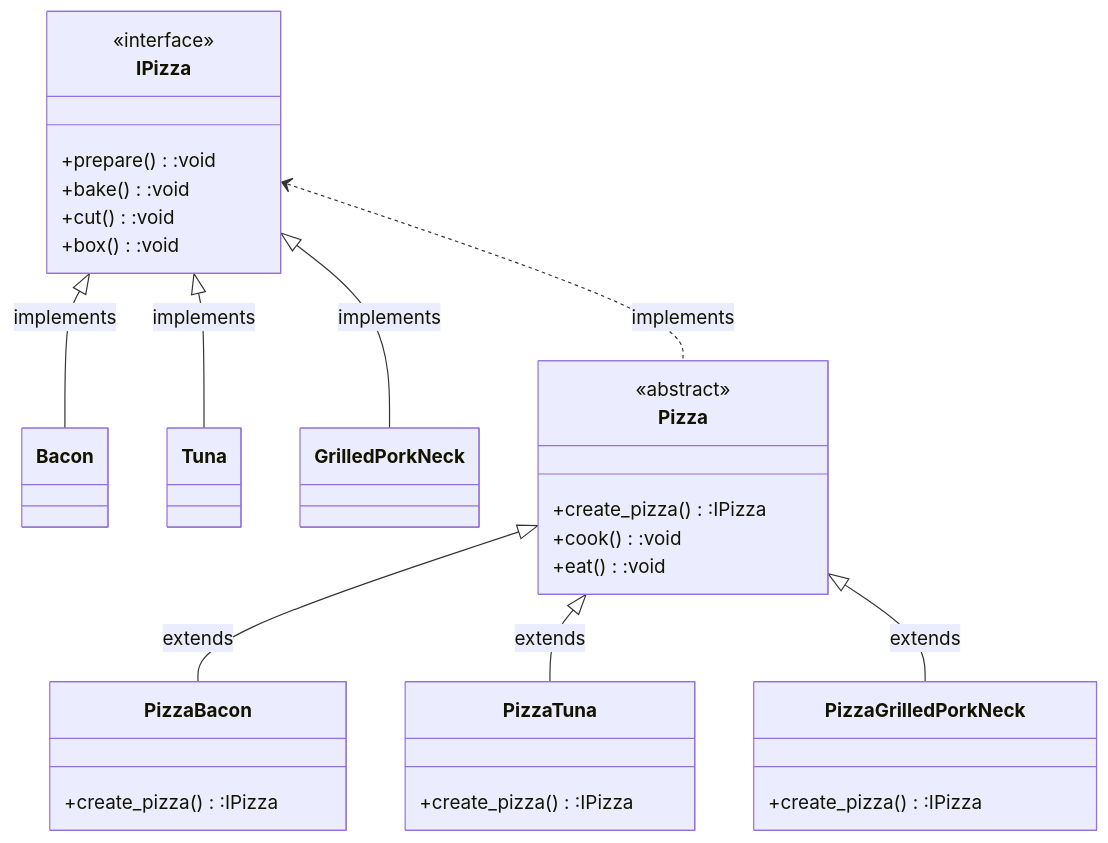
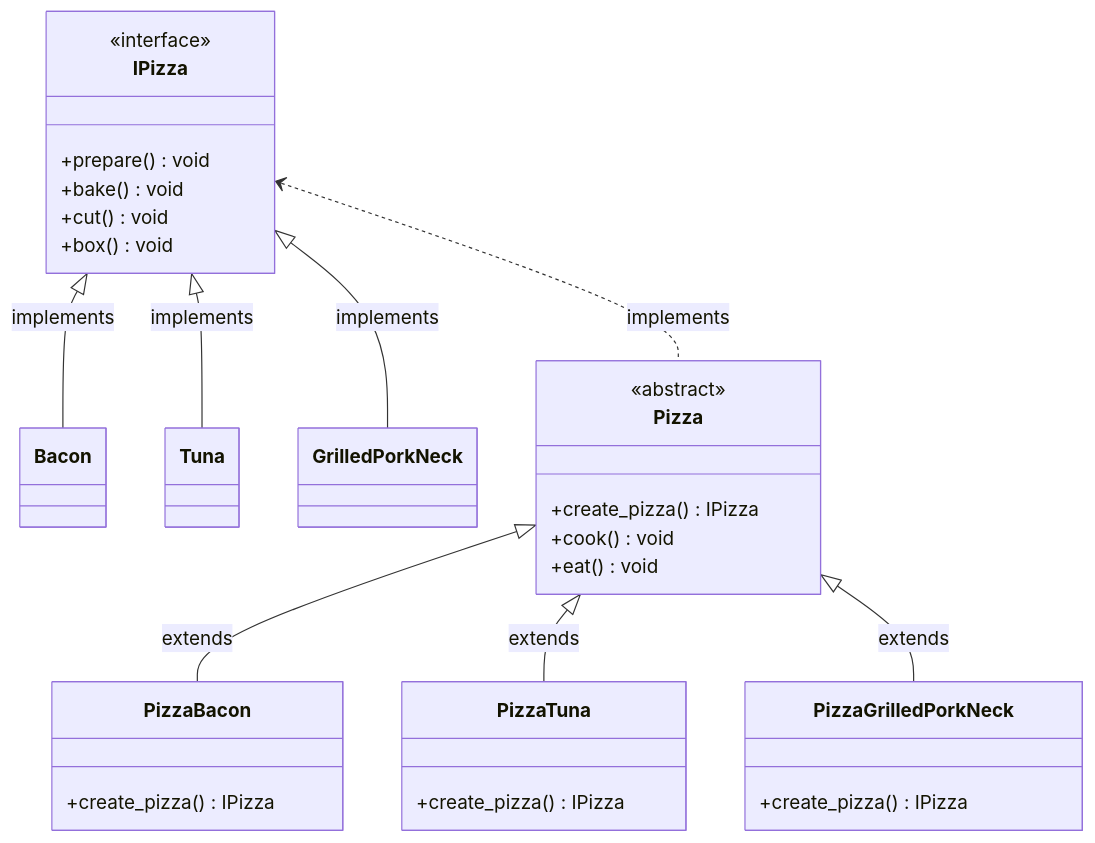
Before and after one commit to TaiChi112/TYPESCRIPT: the second of 3 diagrams in Design-Patterns-v0/README.md, drawn with Mermaid. The commit also changed other lines of this file, not shown here.

Commit message:
fix: correct method syntax in Mermaid diagrams in README.md

````diff
--- a/Design-Patterns-v0/README.md
+++ b/Design-Patterns-v0/README.md
@@ -36,42 +36,42 @@
 ```mermaid
 classDiagram
     class  IPizza{
         <<interface>>
-        +prepare():void
-        +bake():void
-        +cut():void
-        +box():void
+        +prepare()void
+        +bake()void
+        +cut()void
+        +box()void
     }
     class Bacon{
 
     }
     class Tuna{
 
     }
     class GrilledPorkNeck{
 
     }
     class Pizza{
         <<abstract>>
-        +create_pizza():IPizza
-        +cook():void
-        +eat():void
+        +create_pizza()IPizza
+        +cook()void
+        +eat()void
     }
     class PizzaBacon{
-        +create_pizza():IPizza
+        +create_pizza()IPizza
     }
     class PizzaTuna{
-        +create_pizza():IPizza
+        +create_pizza()IPizza
     }
     class PizzaGrilledPorkNeck{
-        +create_pizza():IPizza
+        +create_pizza()IPizza
     }
 
     IPizza <|-- Bacon:implements
     IPizza <|-- Tuna:implements
     IPizza <|-- GrilledPorkNeck:implements
     Pizza <|-- PizzaBacon:extends
     Pizza <|-- PizzaTuna:extends
     Pizza <|-- PizzaGrilledPorkNeck:extends
     IPizza <.. Pizza:implements
 ```
````
